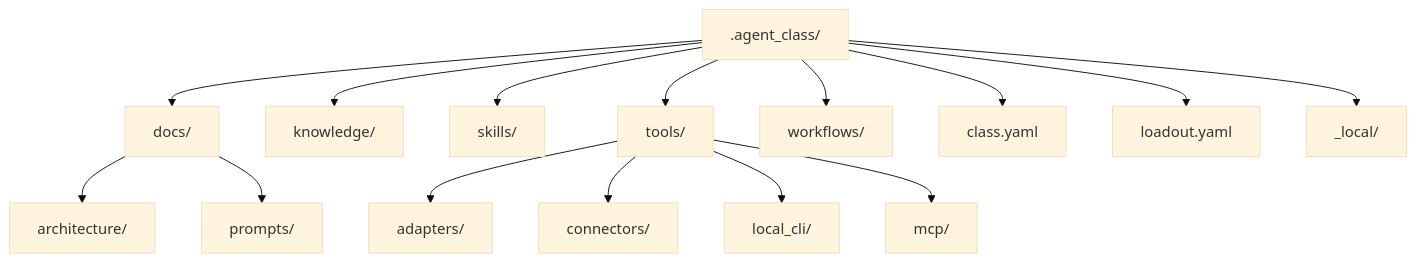
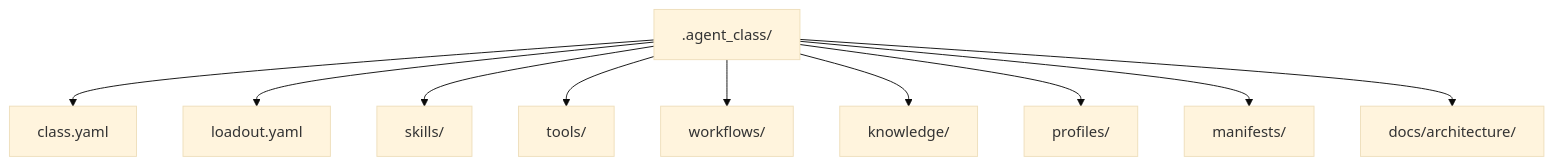
Before and after one commit to SungYongMOON/soulforge: the diagram in .agent_class/docs/architecture/AGENT_CLASS_MODEL.md, drawn with Mermaid (base theme). The commit also changed other lines of this file and 76 other files, not shown here.

````diff
--- a/.agent_class/docs/architecture/AGENT_CLASS_MODEL.md
+++ b/.agent_class/docs/architecture/AGENT_CLASS_MODEL.md
@@ -11,17 +10,12 @@
 ```mermaid
 flowchart TD
-  C[".agent_class/"] --> D["docs/"]
-  D --> DA["architecture/"]
-  D --> DR["prompts/"]
-  C --> K["knowledge/"]
+  C[".agent_class/"] --> CY["class.yaml"]
+  C --> LY["loadout.yaml"]
   C --> S["skills/"]
   C --> T["tools/"]
-  T --> TA["adapters/"]
-  T --> TC["connectors/"]
-  T --> TL["local_cli/"]
-  T --> TM["mcp/"]
   C --> W["workflows/"]
-  C --> CY["class.yaml"]
-  C --> LY["loadout.yaml"]
-  C --> L["_local/"]
+  C --> K["knowledge/"]
+  C --> P["profiles/"]
+  C --> M["manifests/"]
+  C --> D["docs/architecture/"]
 ```
````
